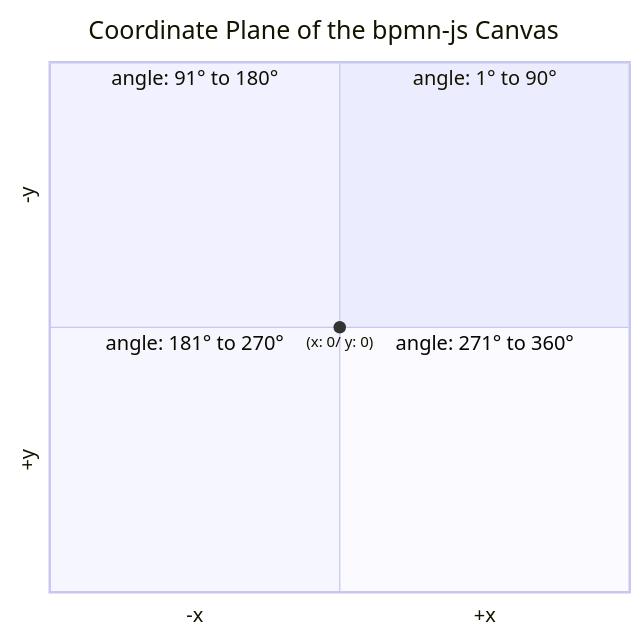
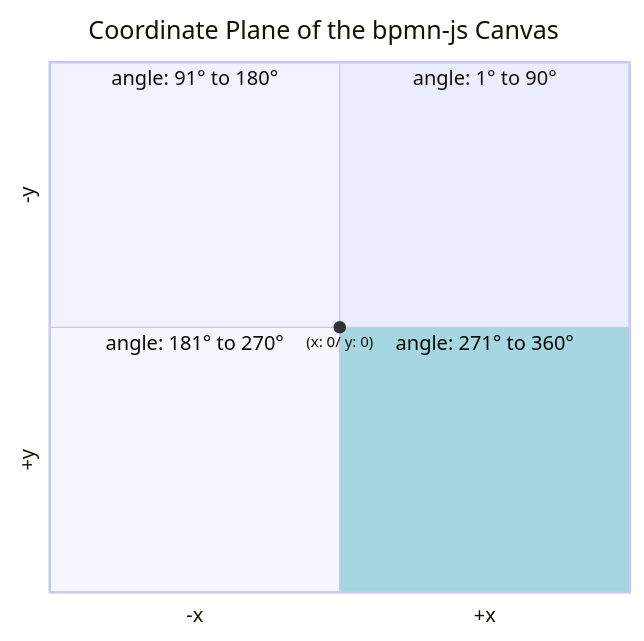
Before and after one commit to WPS/egon.io: the fifth of 5 diagrams in architecture.md, drawn with Mermaid. The commit also changed other lines of this file, not shown here.

````diff
--- a/architecture.md
+++ b/architecture.md
@@ -327,12 +327,12 @@
 ```mermaid
-
+%%{init: {"themeVariables": {"quadrant4Fill": "#a4d7e1"} }}%%
 quadrantChart
     title Coordinate Plane of the bpmn-js Canvas
     x-axis "-x" --> "+x"
     y-axis "+y" --> "-y"
     quadrant-1 "angle: 1° to 90°"
     quadrant-2 "angle: 91° to 180°"
     quadrant-3 "angle: 181° to 270°"
     quadrant-4 "angle: 271° to 360°"
     "(x: 0/ y: 0)": [0.5, 0.5]
 ```    
````
